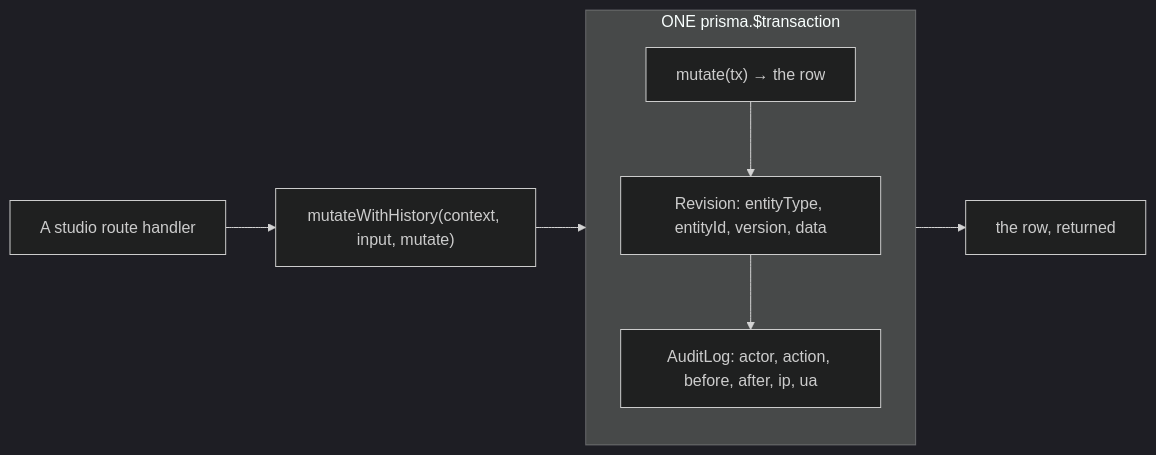
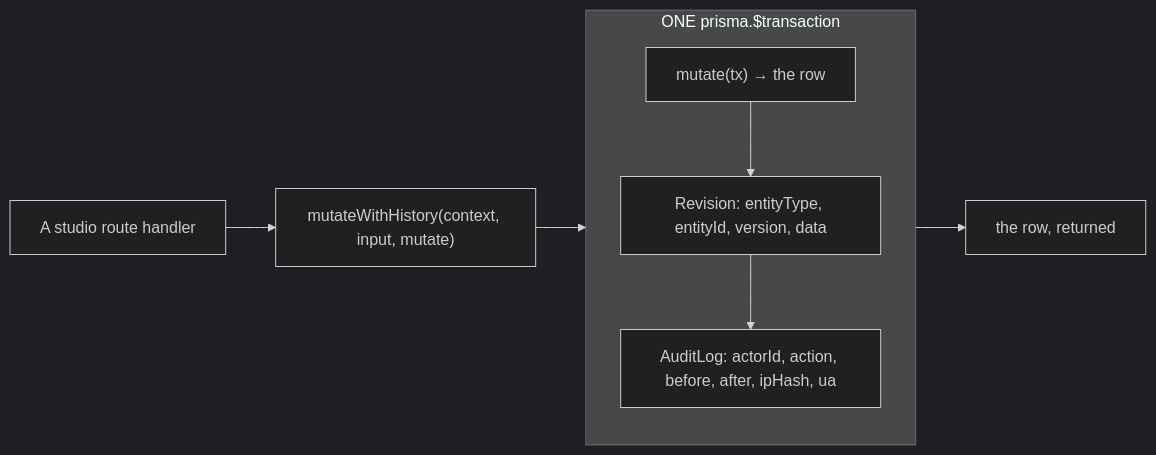
Before and after one commit to cxacraftecosystem-ui/cxa-cms: diagram 15 of 16 in docs/ARCHITECTURE.md, drawn with Mermaid (dark theme). The commit also changed 133 other files, not shown here.

````diff
--- a/docs/ARCHITECTURE.md
+++ b/docs/ARCHITECTURE.md
@@ -748,12 +748,12 @@
 ```mermaid
 flowchart LR
     call["A studio route handler"] --> mwh["mutateWithHistory(context, input, mutate)"]
     subgraph tx["ONE prisma.$transaction"]
         m["mutate(tx) → the row"]
         rev["Revision: entityType, entityId, version, data"]
-        aud["AuditLog: actor, action, before, after, ip, ua"]
+        aud["AuditLog: actorId, action, before, after, ipHash, ua"]
         m --> rev --> aud
     end
     mwh --> tx
     tx --> out["the row, returned"]
 ```
````
